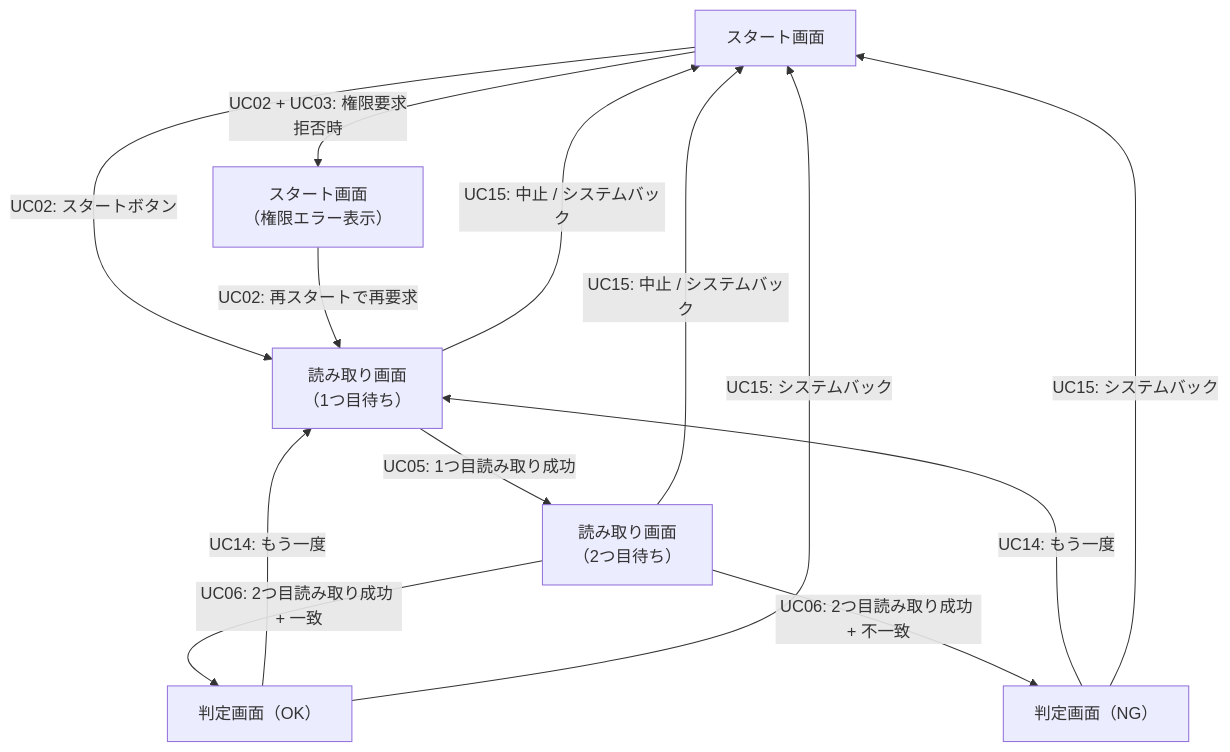
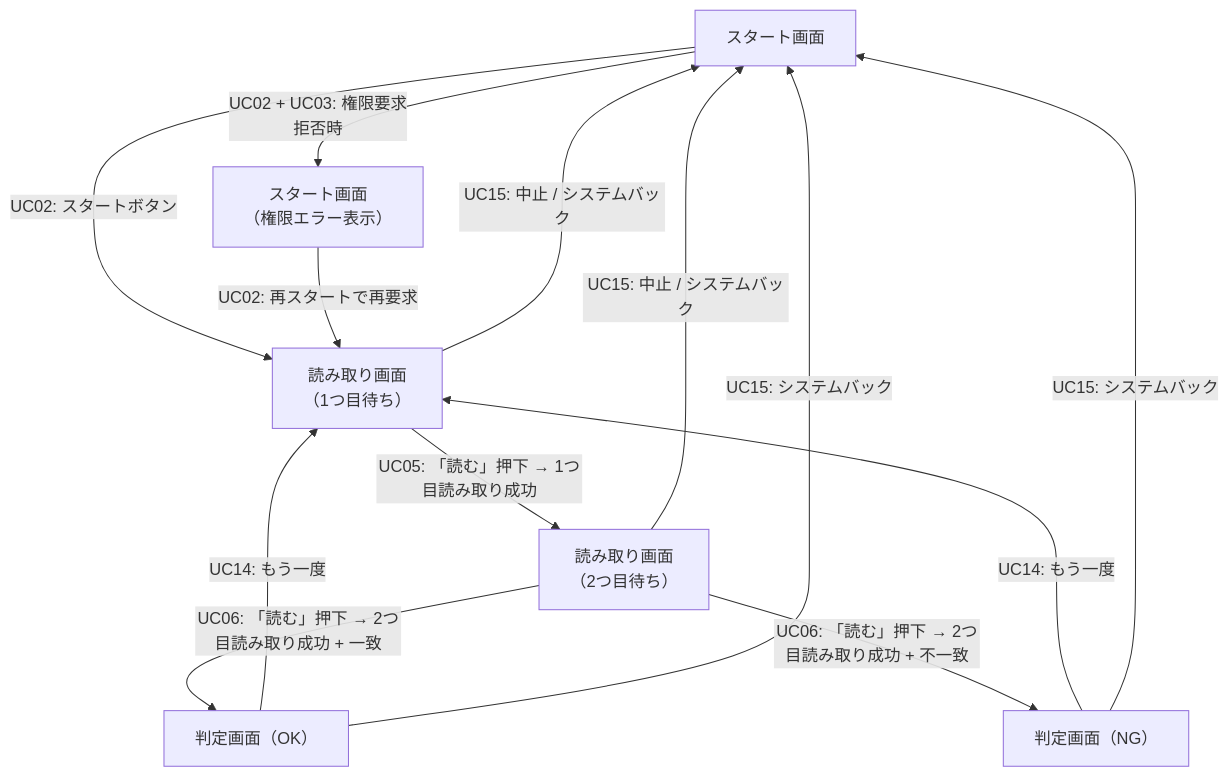
The second of 2 diagrams in USECASE.md (garyohosu/ocrreader), drawn with Mermaid before and after one commit. The commit also changed other lines of this file and 5 other files, not shown here.

````diff
--- a/USECASE.md
+++ b/USECASE.md
@@ -161,22 +161,22 @@
 ```mermaid
 graph TD
     S1["スタート画面"]
     S2["読み取り画面\n（1つ目待ち）"]
     S3["読み取り画面\n（2つ目待ち）"]
     S4["判定画面（OK）"]
     S5["判定画面（NG）"]
     S6["スタート画面\n（権限エラー表示）"]
 
     S1 -->|"UC02: スタートボタン"| S2
     S1 -->|"UC02 + UC03: 権限要求\n拒否時"| S6
     S6 -->|"UC02: 再スタートで再要求"| S2
-    S2 -->|"UC05: 1つ目読み取り成功"| S3
-    S3 -->|"UC06: 2つ目読み取り成功 + 一致"| S4
-    S3 -->|"UC06: 2つ目読み取り成功 + 不一致"| S5
+    S2 -->|"UC05: 「読む」押下 → 1つ目読み取り成功"| S3
+    S3 -->|"UC06: 「読む」押下 → 2つ目読み取り成功 + 一致"| S4
+    S3 -->|"UC06: 「読む」押下 → 2つ目読み取り成功 + 不一致"| S5
     S4 -->|"UC14: もう一度"| S2
     S5 -->|"UC14: もう一度"| S2
     S4 -->|"UC15: システムバック"| S1
     S5 -->|"UC15: システムバック"| S1
     S2 -->|"UC15: 中止 / システムバック"| S1
     S3 -->|"UC15: 中止 / システムバック"| S1
 ```
````
